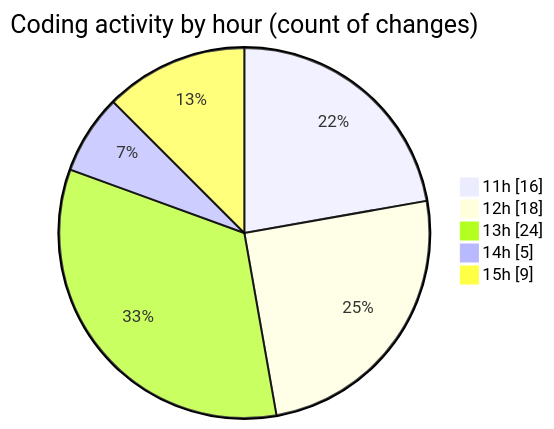
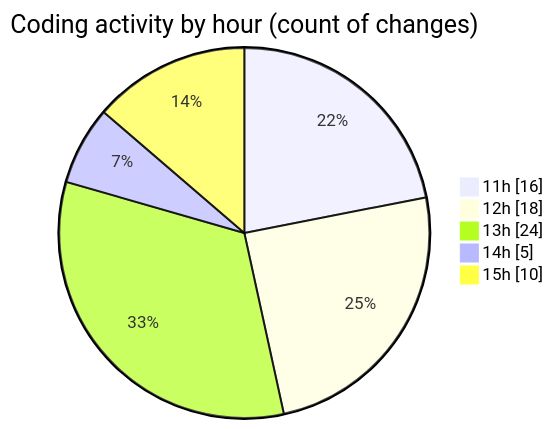
One commit to nxtqubesakshisongat/code-tracking changed the second of 2 diagrams in 2025-10-01/nxtqube_webapp/README.md. Above: the diagram before and after it, drawn with Mermaid. The commit also changed other lines of this file and 1 other file, not shown here.

````diff
--- a/2025-10-01/nxtqube_webapp/README.md
+++ b/2025-10-01/nxtqube_webapp/README.md
@@ -32,9 +32,9 @@
 ```mermaid
 pie showData
 title Coding activity by hour (count of changes)
 "11h" : 16
 "12h" : 18
 "13h" : 24
 "14h" : 5
-"15h" : 9
+"15h" : 10
 ```
````
